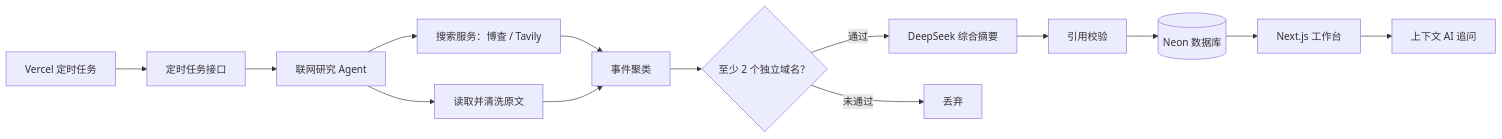
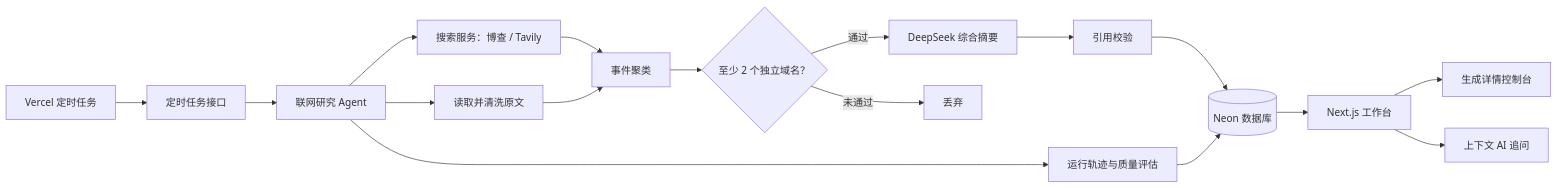
Before and after one commit to xcymm3/News: the diagram in README.md, drawn with Mermaid. The commit also changed other lines of this file, not shown here.

Commit message:
docs: document agent observability dashboard

````diff
--- a/README.md
+++ b/README.md
@@ -25,16 +26,19 @@
 ```mermaid
 flowchart LR
   cron["Vercel 定时任务"] --> route["定时任务接口"]
   route --> agent["联网研究 Agent"]
   agent --> search["搜索服务：博查 / Tavily"]
   agent --> fetch["读取并清洗原文"]
   search --> cluster["事件聚类"]
   fetch --> cluster
   cluster --> gate{"至少 2 个独立域名？"}
   gate -->|通过| llm["DeepSeek 综合摘要"]
   gate -->|未通过| discard["丢弃"]
   llm --> validate["引用校验"]
   validate --> db[("Neon 数据库")]
+  agent --> telemetry["运行轨迹与质量评估"]
+  telemetry --> db
   db --> web["Next.js 工作台"]
+  web --> dashboard["生成详情控制台"]
   web --> chat["上下文 AI 追问"]
 ```
````
